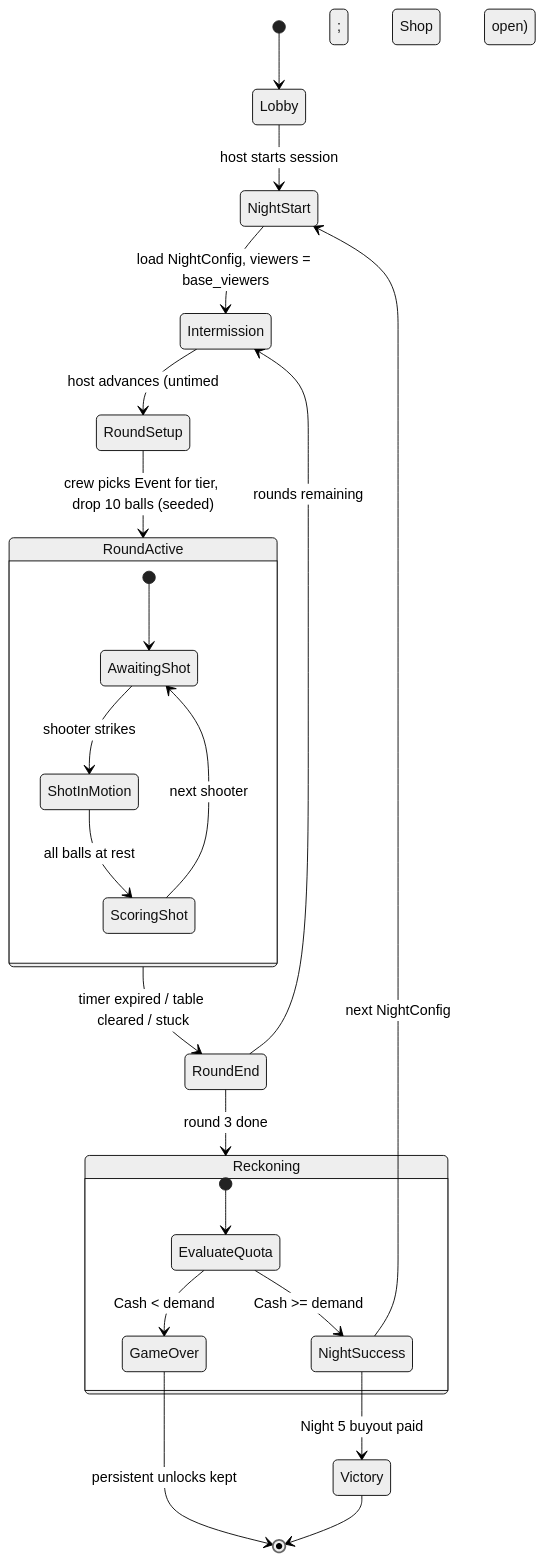
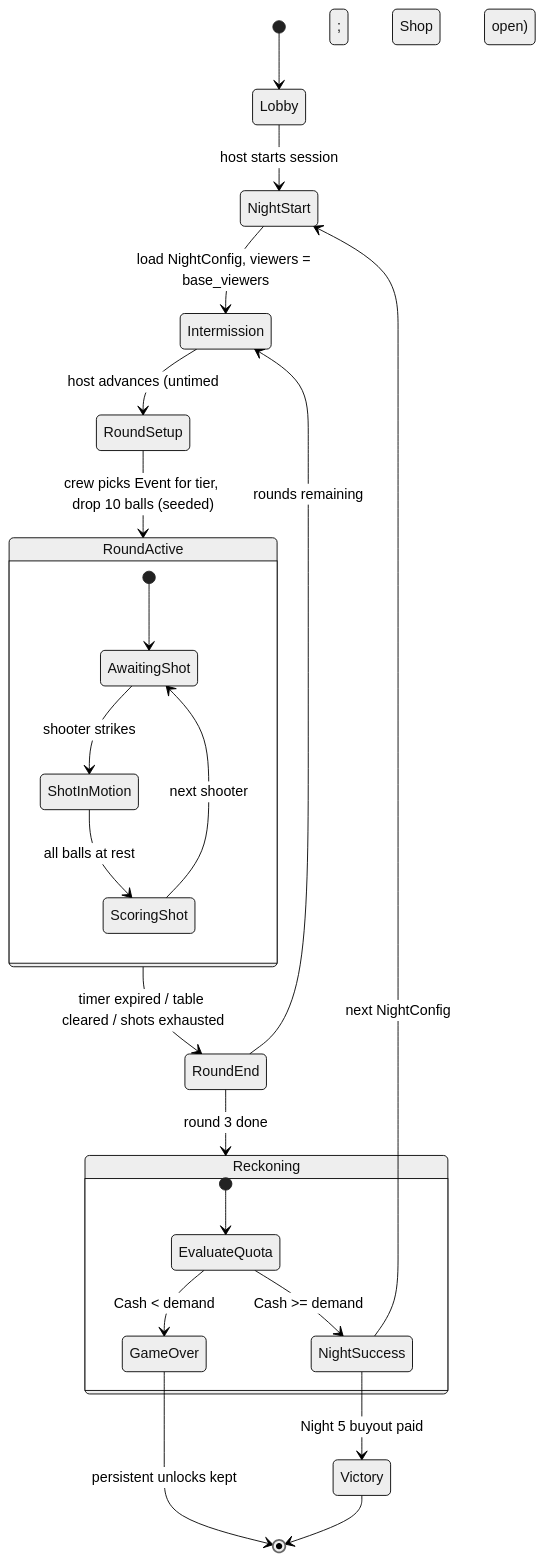
The diagram in docs/plan/02-economy-loop.md (Cleans3/absolute-billiard), drawn with Mermaid (neutral theme) before and after one commit. The commit also changed other lines of this file and 3 other files, not shown here.

Commit message:
round: clearing shot ends as `cleared` even on the last budget shot; foul discards pot viewers; 02 §5 matches code (gamma F1–F3)

````diff
--- a/docs/plan/02-economy-loop.md
+++ b/docs/plan/02-economy-loop.md
@@ -60,30 +60,30 @@
 ```mermaid
 stateDiagram-v2
     [*] --> Lobby
     Lobby --> NightStart: host starts session
     NightStart --> Intermission: load NightConfig, viewers = base_viewers
     Intermission --> RoundSetup: host advances (untimed; Shop open)
     RoundSetup --> RoundActive: crew picks Event for tier, drop 10 balls (seeded)
 
     state RoundActive {
         [*] --> AwaitingShot
         AwaitingShot --> ShotInMotion: shooter strikes
         ShotInMotion --> ScoringShot: all balls at rest
         ScoringShot --> AwaitingShot: next shooter
     }
 
-    RoundActive --> RoundEnd: timer expired / table cleared / stuck
+    RoundActive --> RoundEnd: timer expired / table cleared / shots exhausted
     RoundEnd --> Intermission: rounds remaining
     RoundEnd --> Reckoning: round 3 done
 
     state Reckoning {
         [*] --> EvaluateQuota
         EvaluateQuota --> NightSuccess: Cash >= demand
         EvaluateQuota --> GameOver: Cash < demand
     }
 
     NightSuccess --> Victory: Night 5 buyout paid
     NightSuccess --> NightStart: next NightConfig
     GameOver --> [*]: persistent unlocks kept
     Victory --> [*]
 ```
````
